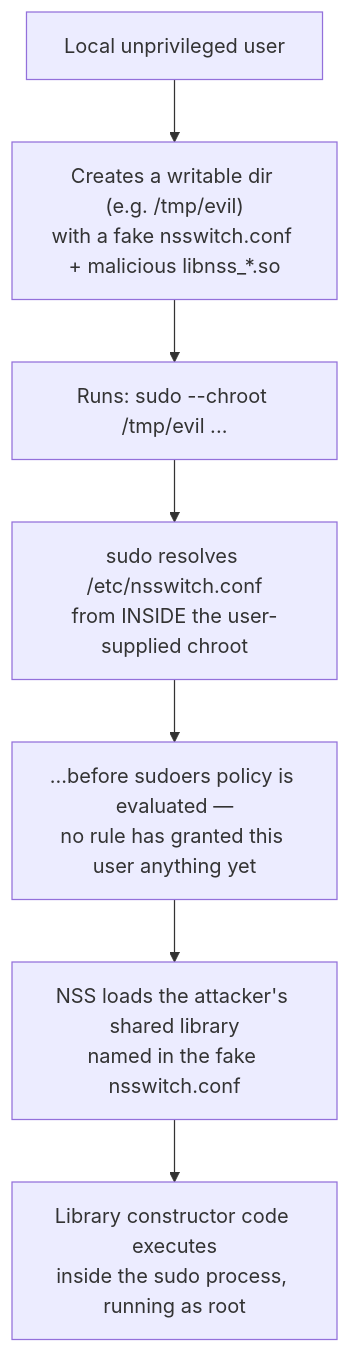
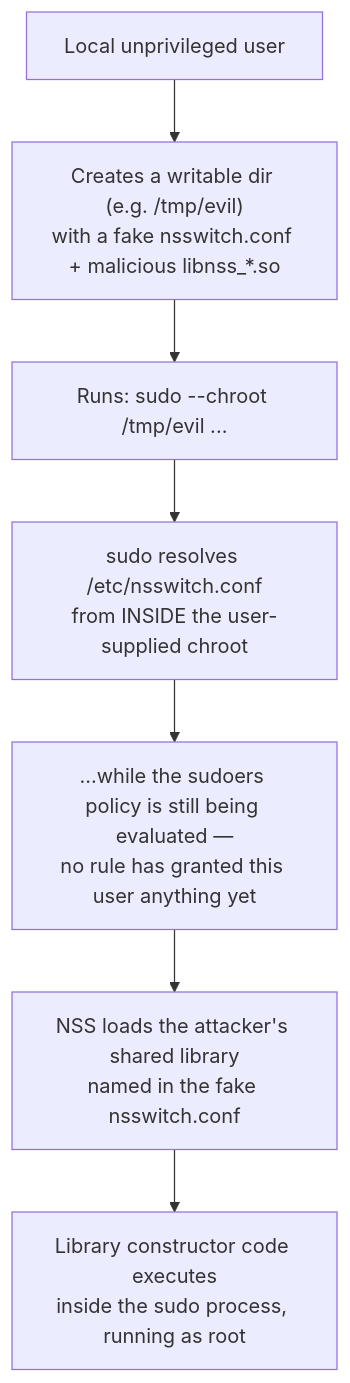
Before and after one commit to vietanhdev/bulwark: the diagram in docs/articles/sudoers-hardening-checklist.md, drawn with Mermaid. The commit also changed other lines of this file and 25 other files, not shown here.

````diff
--- a/docs/articles/sudoers-hardening-checklist.md
+++ b/docs/articles/sudoers-hardening-checklist.md
@@ -116,9 +131,9 @@
 ```mermaid
 flowchart TD
     A["Local unprivileged user"] --> B["Creates a writable dir (e.g. /tmp/evil)\nwith a fake nsswitch.conf + malicious libnss_*.so"]
     B --> C["Runs: sudo --chroot /tmp/evil ..."]
     C --> D["sudo resolves /etc/nsswitch.conf\nfrom INSIDE the user-supplied chroot"]
-    D --> E["...before sudoers policy is evaluated —\nno rule has granted this user anything yet"]
+    D --> E["...while the sudoers policy is still being evaluated —\nno rule has granted this user anything yet"]
     E --> F["NSS loads the attacker's shared library\nnamed in the fake nsswitch.conf"]
     F --> G["Library constructor code executes\ninside the sudo process, running as root"]
 ```
````
